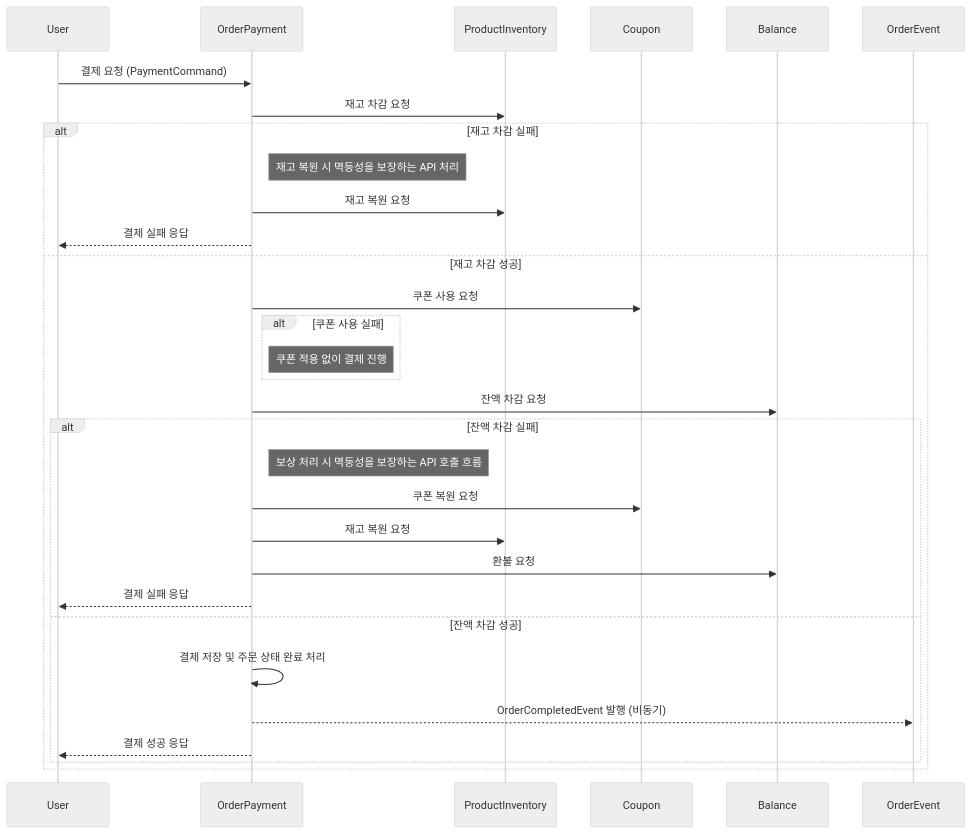
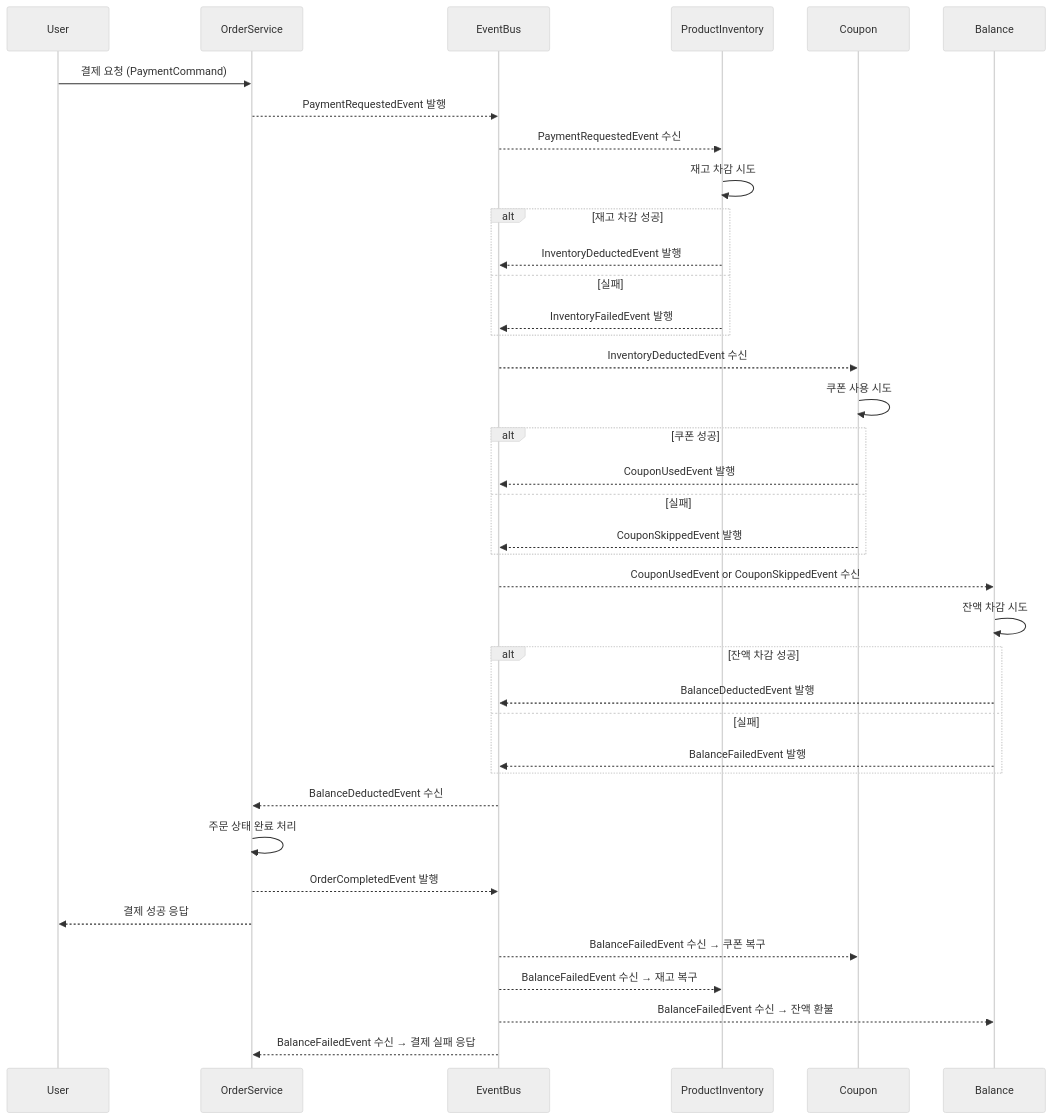
Before and after one commit to developerOlive/hhplus-e-commerce: the diagram in docs/11_MSA.md, drawn with Mermaid (neutral theme). The commit also changed other lines of this file, not shown here.

````diff
--- a/docs/11_MSA.md
+++ b/docs/11_MSA.md
@@ -95,44 +45,51 @@
 ```mermaid
 sequenceDiagram
     participant User
-    participant OrderPayment
+    participant OrderService
+    participant EventBus
     participant ProductInventory
     participant Coupon
     participant Balance
-    participant OrderEvent
 
-    User->>OrderPayment: 결제 요청 (PaymentCommand)
+    User->>OrderService: 결제 요청 (PaymentCommand)
+    OrderService-->>EventBus: PaymentRequestedEvent 발행
 
-    %% Step 1: 재고 차감
-    OrderPayment->>ProductInventory: 재고 차감 요청
-    alt 재고 차감 실패
-        Note right of OrderPayment: 재고 복원 시 멱등성을 보장하는 API 처리
-        OrderPayment->>ProductInventory: 재고 복원 요청
-        OrderPayment-->>User: 결제 실패 응답
-    else 재고 차감 성공
+    %% 재고 서비스
+    EventBus-->>ProductInventory: PaymentRequestedEvent 수신
+    ProductInventory->>ProductInventory: 재고 차감 시도
+    alt 재고 차감 성공
+        ProductInventory-->>EventBus: InventoryDeductedEvent 발행
+    else 실패
+        ProductInventory-->>EventBus: InventoryFailedEvent 발행
+    end
 
-        %% Step 2: 쿠폰 사용
-        OrderPayment->>Coupon: 쿠폰 사용 요청
-        alt 쿠폰 사용 실패
-            Note right of OrderPayment: 쿠폰 적용 없이 결제 진행
-        end
+    %% 쿠폰 서비스
+    EventBus-->>Coupon: InventoryDeductedEvent 수신
+    Coupon->>Coupon: 쿠폰 사용 시도
+    alt 쿠폰 성공
+        Coupon-->>EventBus: CouponUsedEvent 발행
+    else 실패
+        Coupon-->>EventBus: CouponSkippedEvent 발행
+    end
 
-        %% Step 3: 잔액 차감
-        OrderPayment->>Balance: 잔액 차감 요청
-        alt 잔액 차감 실패
-            Note right of OrderPayment: 보상 처리 시 멱등성을 보장하는 API 호출 흐름
-            OrderPayment->>Coupon: 쿠폰 복원 요청
-            OrderPayment->>ProductInventory: 재고 복원 요청
-            OrderPayment->>Balance: 환불 요청
-            OrderPayment-->>User: 결제 실패 응답
-        else 잔액 차감 성공
+    %% 잔액 서비스
+    EventBus-->>Balance: CouponUsedEvent or CouponSkippedEvent 수신
+    Balance->>Balance: 잔액 차감 시도
+    alt 잔액 차감 성공
+        Balance-->>EventBus: BalanceDeductedEvent 발행
+    else 실패
+        Balance-->>EventBus: BalanceFailedEvent 발행
+    end
 
-            %% Step 4: 결제 + 주문 상태 처리
-            OrderPayment->>OrderPayment: 결제 저장 및 주문 상태 완료 처리
+    %% 주문 서비스: 최종 처리
+    EventBus-->>OrderService: BalanceDeductedEvent 수신
+    OrderService->>OrderService: 주문 상태 완료 처리
+    OrderService-->>EventBus: OrderCompletedEvent 발행
+    OrderService-->>User: 결제 성공 응답
 
-            %% Step 5: 주문 완료 이벤트 발행
-            OrderPayment-->>OrderEvent: OrderCompletedEvent 발행 (비동기)
-            OrderPayment-->>User: 결제 성공 응답
-        end
-    end
+    %% 보상 흐름 (잔액 실패 발생 시)
+    EventBus-->>Coupon: BalanceFailedEvent 수신 → 쿠폰 복구
+    EventBus-->>ProductInventory: BalanceFailedEvent 수신 → 재고 복구
+    EventBus-->>Balance: BalanceFailedEvent 수신 → 잔액 환불
+    EventBus-->>OrderService: BalanceFailedEvent 수신 → 결제 실패 응답
 ```
````
